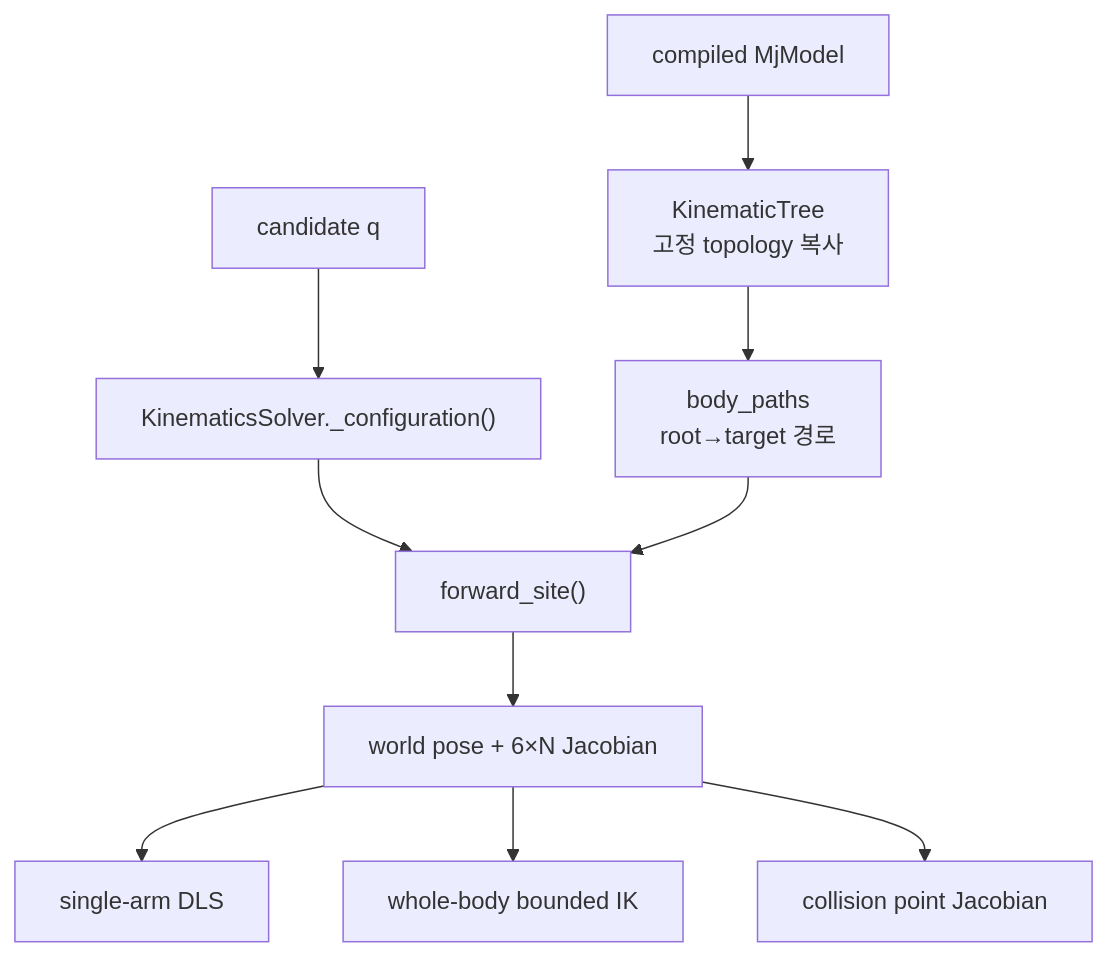
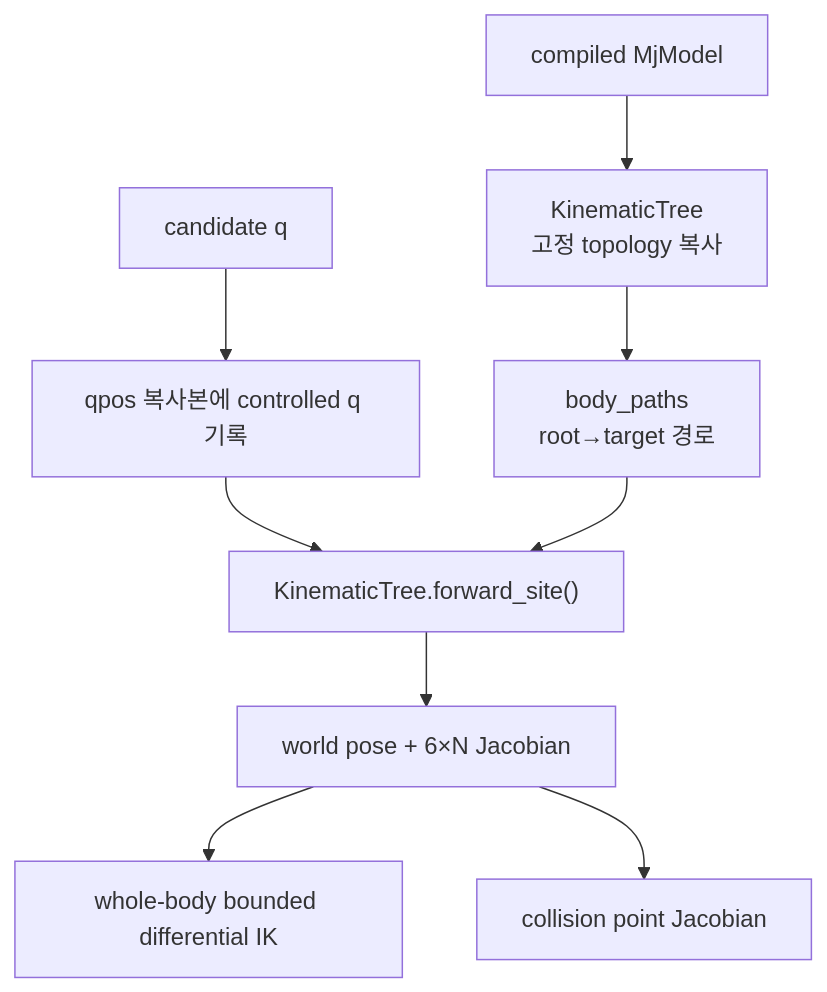
One commit to Geonhee-LEE/aiworker-mj-lab changed the second of 2 diagrams in docs/guide/kinematics.md. Above: the diagram before and after it, drawn with Mermaid. The commit also changed other lines of this file and 45 other files, not shown here.

Commit message:
Add whole-body IK documentation and pose visualization

````diff
--- a/docs/guide/kinematics.md
+++ b/docs/guide/kinematics.md
@@ -76,12 +77,11 @@
 ```mermaid
 flowchart TD
     M["compiled MjModel"] --> T["KinematicTree<br>고정 topology 복사"]
     T --> P["body_paths<br>root→target 경로"]
-    Q["candidate q"] --> C["KinematicsSolver._configuration()"]
-    C --> FS["forward_site()"]
+    Q["candidate q"] --> C["qpos 복사본에 controlled q 기록"]
+    C --> FS["KinematicTree.forward_site()"]
     P --> FS
     FS --> X["world pose + 6×N Jacobian"]
-    X --> SI["single-arm DLS"]
-    X --> WI["whole-body bounded IK"]
+    X --> WI["whole-body bounded differential IK"]
     X --> CD["collision point Jacobian"]
 ```
````
